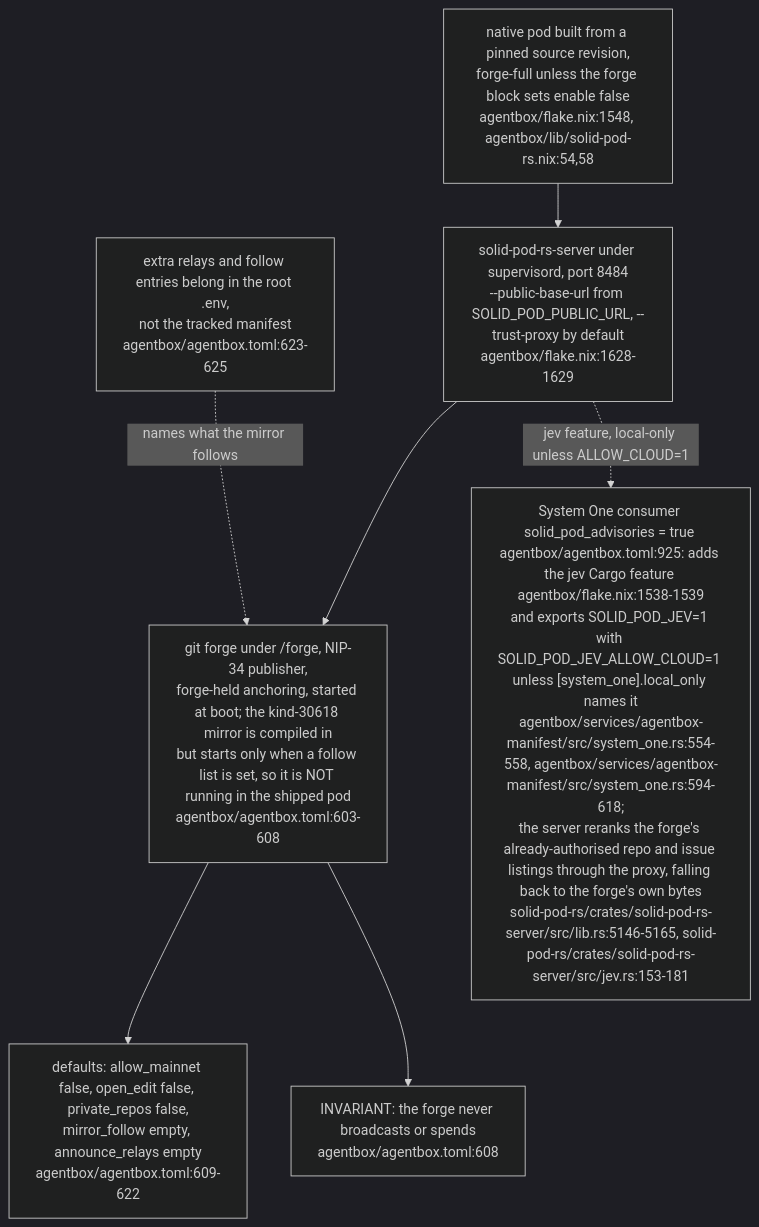
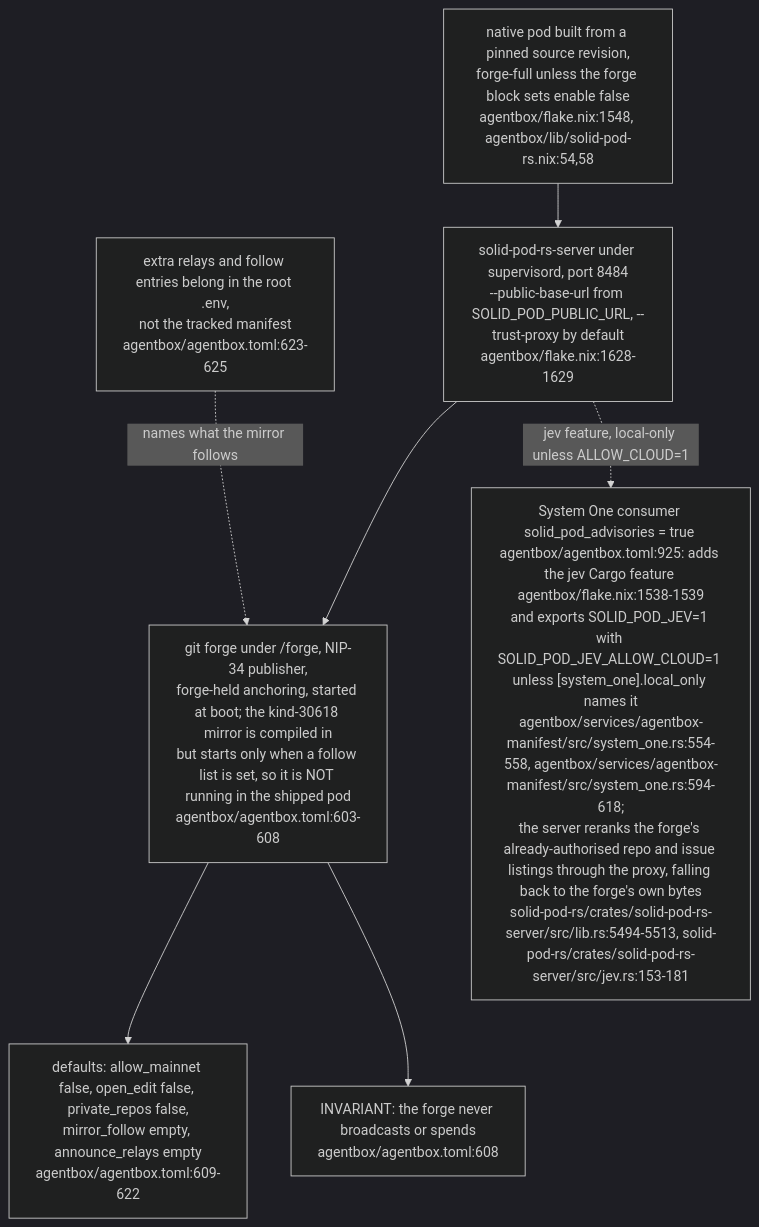
Before and after one commit to DreamLab-AI/VisionFlow: diagram 13 of 13 in docs/diagrams/estate/08-solid-pod-estate.md, drawn with Mermaid (dark theme). The commit also changed other lines of this file and 154 other files, not shown here.

First line of the commit message:
docs(diagrams): re-stamp 154 topics whose every citation still reads the same text at the current heads

````diff
--- a/docs/diagrams/estate/08-solid-pod-estate.md
+++ b/docs/diagrams/estate/08-solid-pod-estate.md
@@ -552,15 +552,15 @@
 ```mermaid
 flowchart TB
     PIN["native pod built from a pinned source revision,<br/>forge-full unless the forge block sets enable false<br/>agentbox/flake.nix:1548, agentbox/lib/solid-pod-rs.nix:54,58"]
     SRV["solid-pod-rs-server under supervisord, port 8484<br/>--public-base-url from SOLID_POD_PUBLIC_URL, --trust-proxy by default<br/>agentbox/flake.nix:1628-1629"]
     FORGE["git forge under /forge, NIP-34 publisher,<br/>forge-held anchoring, started at boot; the kind-30618 mirror is compiled in<br/>but starts only when a follow list is set, so it is NOT running in the shipped pod<br/>agentbox/agentbox.toml:603-608"]
     OFF["defaults: allow_mainnet false, open_edit false, private_repos false,<br/>mirror_follow empty, announce_relays empty<br/>agentbox/agentbox.toml:609-622"]
-    JEV["System One consumer solid_pod_advisories = true agentbox/agentbox.toml:925: adds the jev Cargo feature agentbox/flake.nix:1538-1539<br/>and exports SOLID_POD_JEV=1 with SOLID_POD_JEV_ALLOW_CLOUD=1 unless [system_one].local_only names it<br/>agentbox/services/agentbox-manifest/src/system_one.rs:554-558, agentbox/services/agentbox-manifest/src/system_one.rs:594-618;<br/>the server reranks the forge's already-authorised repo and issue listings through the proxy, falling back to the forge's own bytes<br/>solid-pod-rs/crates/solid-pod-rs-server/src/lib.rs:5146-5165, solid-pod-rs/crates/solid-pod-rs-server/src/jev.rs:153-181"]
+    JEV["System One consumer solid_pod_advisories = true agentbox/agentbox.toml:925: adds the jev Cargo feature agentbox/flake.nix:1538-1539<br/>and exports SOLID_POD_JEV=1 with SOLID_POD_JEV_ALLOW_CLOUD=1 unless [system_one].local_only names it<br/>agentbox/services/agentbox-manifest/src/system_one.rs:554-558, agentbox/services/agentbox-manifest/src/system_one.rs:594-618;<br/>the server reranks the forge's already-authorised repo and issue listings through the proxy, falling back to the forge's own bytes<br/>solid-pod-rs/crates/solid-pod-rs-server/src/lib.rs:5494-5513, solid-pod-rs/crates/solid-pod-rs-server/src/jev.rs:153-181"]
     ENV["extra relays and follow entries belong in the root .env,<br/>not the tracked manifest<br/>agentbox/agentbox.toml:623-625"]
     PIN --> SRV --> FORGE
     FORGE --> OFF
     SRV -.->|"jev feature, local-only unless ALLOW_CLOUD=1"| JEV
     ENV -.->|"names what the mirror follows"| FORGE
     NOANCHOR["INVARIANT: the forge never broadcasts or spends<br/>agentbox/agentbox.toml:608"]
     FORGE --> NOANCHOR
 ```
````
